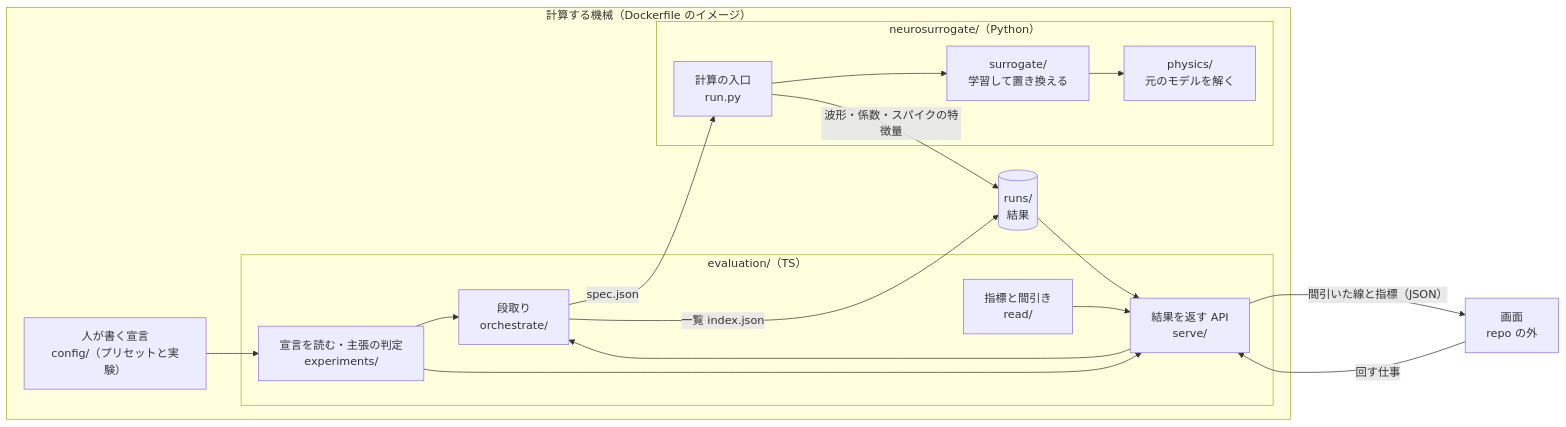
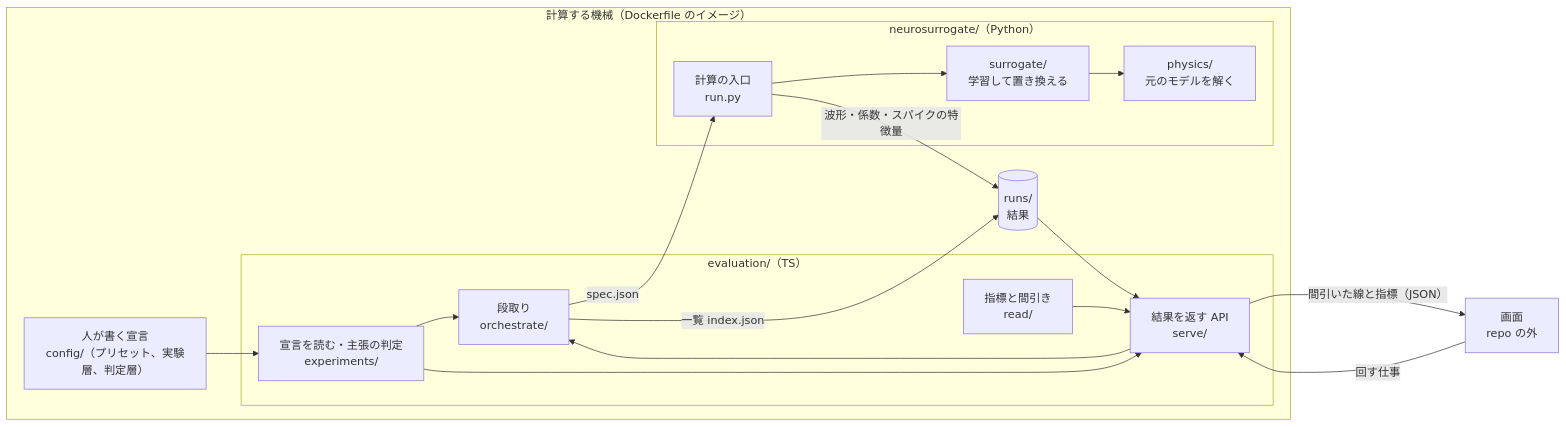
The first of 3 diagrams in README.md (MunechikaHaruki/SINDyNeuroSurrogate), drawn with Mermaid before and after one commit. The commit also changed 15 other files, not shown here.

````diff
--- a/README.md
+++ b/README.md
@@ -15,32 +15,32 @@
 ```mermaid
 flowchart LR
   subgraph machine["計算する機械（Dockerfile のイメージ）"]
-    config["人が書く宣言<br/>config/（プリセットと実験）"]
+    config["人が書く宣言<br/>config/（プリセット、実験層、判定層）"]
     subgraph ts["evaluation/（TS）"]
       exp["宣言を読む・主張の判定<br/>experiments/"]
       orch["段取り<br/>orchestrate/"]
       serve["結果を返す API<br/>serve/"]
       read["指標と間引き<br/>read/"]
     end
     subgraph py["neurosurrogate/（Python）"]
       entry["計算の入口<br/>run.py"]
       surr["surrogate/<br/>学習して置き換える"]
       phys["physics/<br/>元のモデルを解く"]
     end
     runs[("runs/<br/>結果")]
   end
   view["画面<br/>repo の外"]
   config --> exp
   exp --> orch
   orch -- "spec.json" --> entry
   entry --> surr
   surr --> phys
   entry -- "波形・係数・スパイクの特徴量" --> runs
   orch -- "一覧 index.json" --> runs
   runs --> serve
   read --> serve
   exp --> serve
   serve -- "間引いた線と指標（JSON）" --> view
   view -- "回す仕事" --> serve
   serve --> orch
 ```
````
